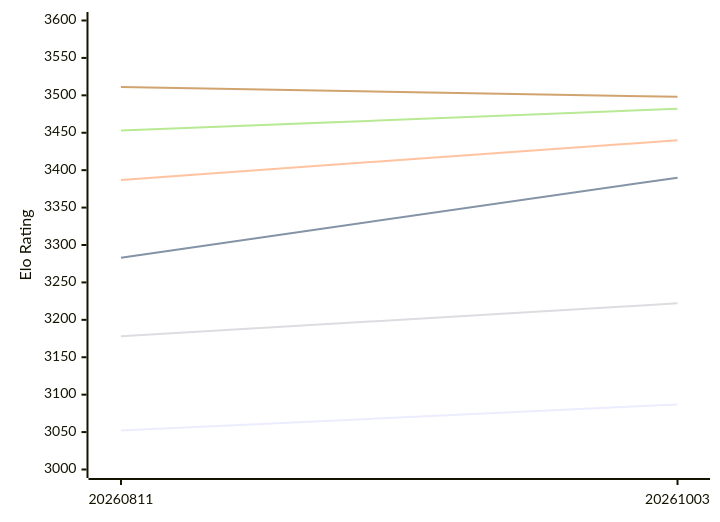
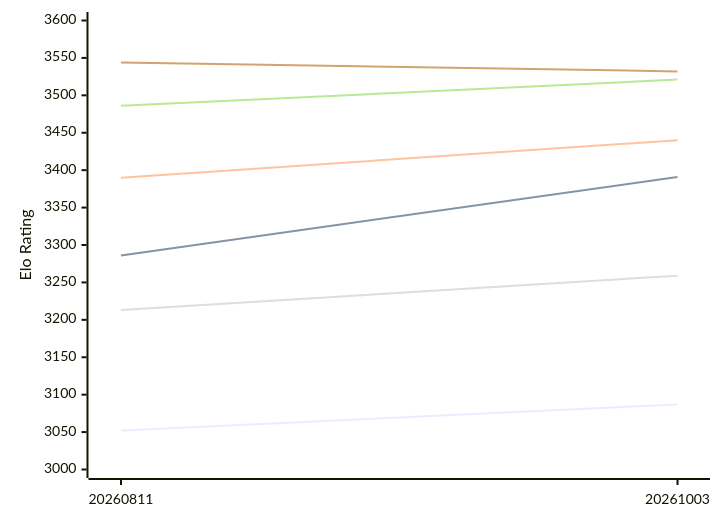
The first of 2 diagrams in engines/Askaig.md (computer-chess-index/cci), drawn with Mermaid before and after one commit. The commit also changed other lines of this file, not shown here.

Commit message:
Update CCI Ratings (ELO VLTC) - 2026-11-05

````diff
--- a/engines/Askaig.md
+++ b/engines/Askaig.md
@@ -52,12 +52,12 @@
 ```mermaid
 %%{init: {"theme":"base","themeVariables":{"seriesColors:['#a3a3a3','#222221','#faa371']}}}%%
 xychart-beta
   x-axis ["20260811", "20261003"]
   y-axis "Elo Rating" 3000 --> 3600
   line "E1: STC (8.0+0.08s)" [3052, 3087]
-  line "E1: LTC (60.0+0.60s)" [3283, 3390]
-  line "E1: VLTC (2m24s+1.12s)" [3387, 3440]
-  line "P1: STC (8.0+0.08s)" [3178, 3222]
-  line "P1: LTC (60.0+0.60s)" [3453, 3482]
-  line "P1: VLTC (2m24s+1.12s)" [3511, 3498]
+  line "E1: LTC (60.0+0.60s)" [3286, 3391]
+  line "E1: VLTC (2m24s+1.12s)" [3390, 3440]
+  line "P1: STC (8.0+0.08s)" [3213, 3259]
+  line "P1: LTC (60.0+0.60s)" [3486, 3521]
+  line "P1: VLTC (2m24s+1.12s)" [3544, 3532]
 ```
````
